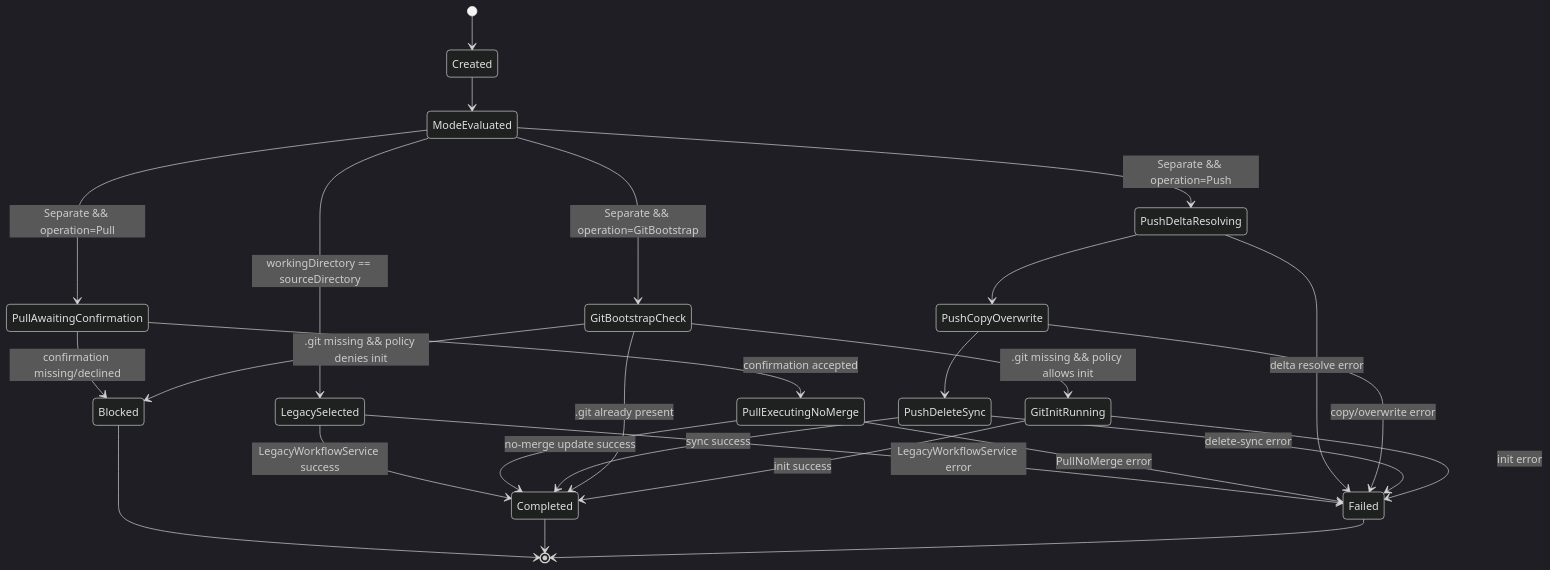
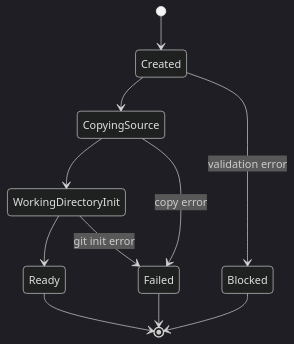
Before and after one commit to martin-stromberg/Softwareschmiede: the second of 2 diagrams in docs/architecture/separates-arbeitsverzeichnis-git-init-fallback-entity-relationship-model.md, drawn with Mermaid (dark theme). The commit also changed other lines of this file and 55 other files, not shown here.

````diff
--- a/docs/architecture/separates-arbeitsverzeichnis-git-init-fallback-entity-relationship-model.md
+++ b/docs/architecture/separates-arbeitsverzeichnis-git-init-fallback-entity-relationship-model.md
@@ -123,34 +93,14 @@
 ```mermaid
 stateDiagram-v2
     [*] --> Created
-    Created --> ModeEvaluated
+    Created --> CopyingSource
+    CopyingSource --> WorkingDirectoryInit
+    WorkingDirectoryInit --> Ready
 
-    ModeEvaluated --> LegacySelected: workingDirectory == sourceDirectory
-    LegacySelected --> Completed: LegacyWorkflowService success
-    LegacySelected --> Failed: LegacyWorkflowService error
-
-    ModeEvaluated --> PullAwaitingConfirmation: Separate && operation=Pull
-    PullAwaitingConfirmation --> Blocked: confirmation missing/declined
-    PullAwaitingConfirmation --> PullExecutingNoMerge: confirmation accepted
-    PullExecutingNoMerge --> Completed: no-merge update success
-    PullExecutingNoMerge --> Failed: PullNoMerge error
-
-    ModeEvaluated --> PushDeltaResolving: Separate && operation=Push
-    PushDeltaResolving --> PushCopyOverwrite
-    PushCopyOverwrite --> PushDeleteSync
-    PushDeleteSync --> Completed: sync success
-    PushDeltaResolving --> Failed: delta resolve error
-    PushCopyOverwrite --> Failed: copy/overwrite error
-    PushDeleteSync --> Failed: delete-sync error
-
-    ModeEvaluated --> GitBootstrapCheck: Separate && operation=GitBootstrap
-    GitBootstrapCheck --> GitInitRunning: .git missing && policy allows init
-    GitBootstrapCheck --> Completed: .git already present
-    GitBootstrapCheck --> Blocked: .git missing && policy denies init
-    GitInitRunning --> Completed: init success
-    GitInitRunning --> Failed: init error
-
+    CopyingSource --> Failed: copy error
+    WorkingDirectoryInit --> Failed: git init error
+    Created --> Blocked: validation error
     Blocked --> [*]
-    Completed --> [*]
+    Ready --> [*]
     Failed --> [*]
 ```
````
